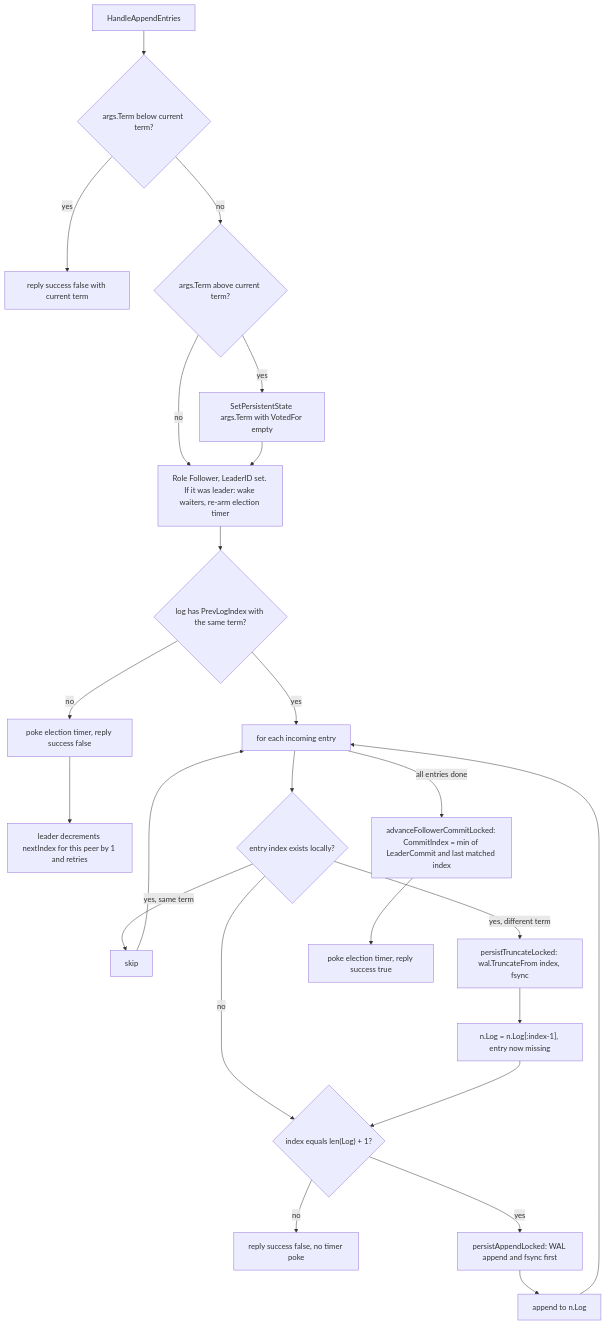
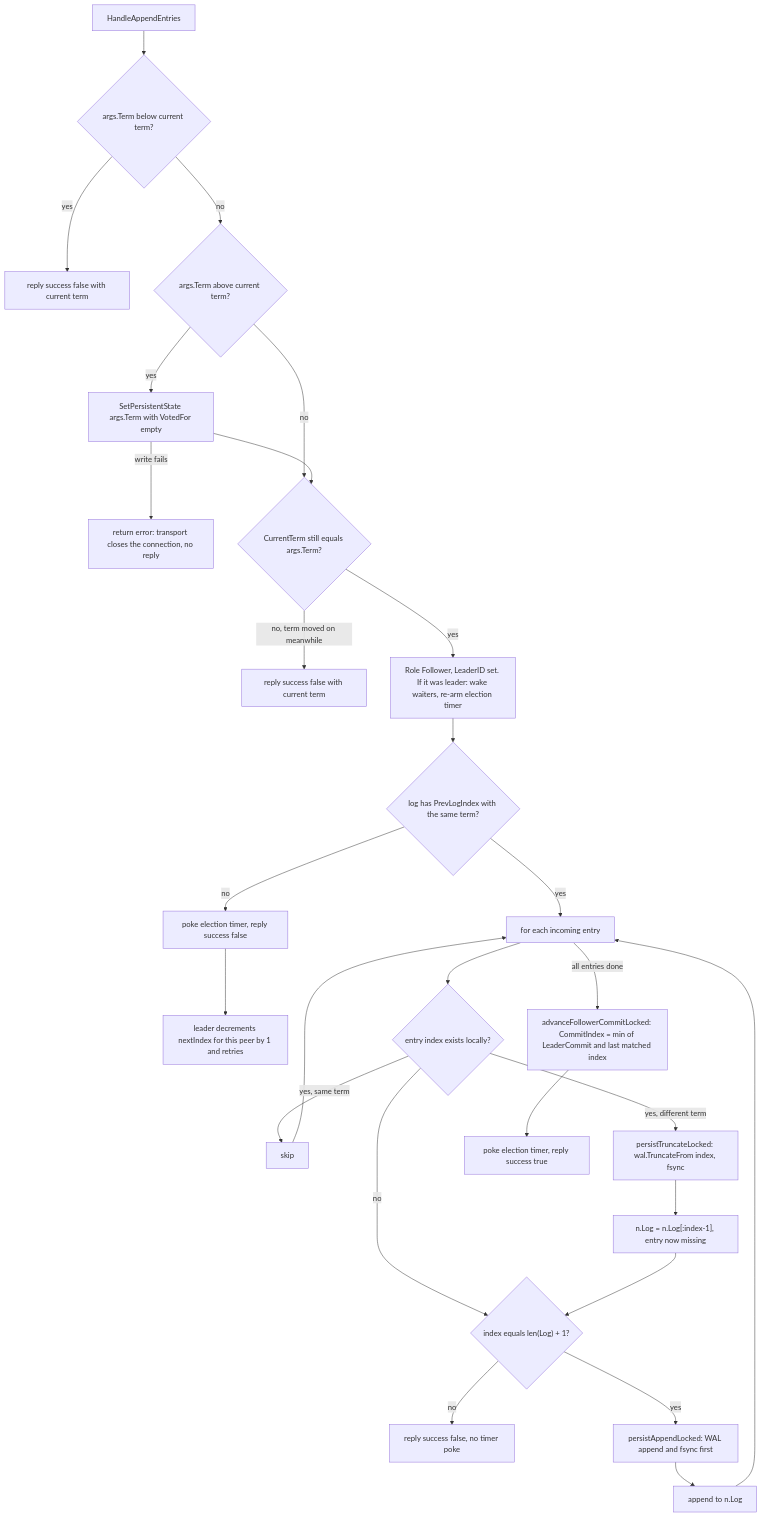
The sixth of 7 diagrams in flow/3. node-startup-persisted-state.md (Tarun-Elango/hobbyDB), drawn with Mermaid before and after one commit. The commit also changed other lines of this file and 3 other files, not shown here.

Commit message:
fixing state diagrams

````diff
--- a/flow/3. node-startup-persisted-state.md
+++ b/flow/3. node-startup-persisted-state.md
@@ -158,26 +158,29 @@
 ```mermaid
 flowchart TD
     A["HandleAppendEntries"] --> B{"args.Term below current term?"}
     B -->|yes| R["reply success false with current term"]
     B -->|no| C{"args.Term above current term?"}
     C -->|yes| C1["SetPersistentState args.Term with VotedFor empty"]
-    C -->|no| D
-    C1 --> D["Role Follower, LeaderID set. If it was leader: wake waiters, re-arm election timer"]
+    C1 -->|"write fails"| XE["return error: transport closes the connection, no reply"]
+    C -->|no| T
+    C1 --> T{"CurrentTerm still equals args.Term?"}
+    T -->|"no, term moved on meanwhile"| R2["reply success false with current term"]
+    T -->|yes| D["Role Follower, LeaderID set. If it was leader: wake waiters, re-arm election timer"]
     D --> E{"log has PrevLogIndex with the same term?"}
     E -->|no| F["poke election timer, reply success false"]
     F --> F1["leader decrements nextIndex for this peer by 1 and retries"]
     E -->|yes| G["for each incoming entry"]
     G --> H{"entry index exists locally?"}
     H -->|"yes, same term"| I["skip"]
     H -->|"yes, different term"| J["persistTruncateLocked: wal.TruncateFrom index, fsync"]
     J --> K["n.Log = n.Log[:index-1], entry now missing"]
     H -->|no| L{"index equals len(Log) + 1?"}
     K --> L
     L -->|no| F2["reply success false, no timer poke"]
     L -->|yes| M["persistAppendLocked: WAL append and fsync first"]
     M --> N["append to n.Log"]
     I --> G
     N --> G
     G -->|"all entries done"| O["advanceFollowerCommitLocked: CommitIndex = min of LeaderCommit and last matched index"]
     O --> P["poke election timer, reply success true"]
 ```
````
